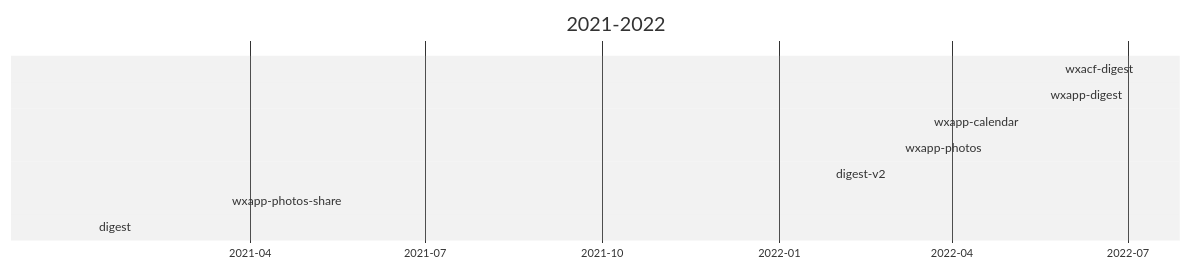
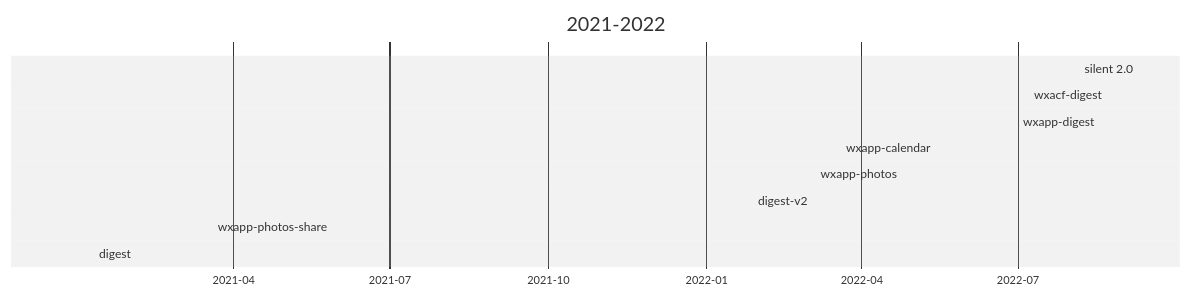
Before and after one commit to fritx/silent: the first of 4 diagrams in blog/p/projects/timeline.md, drawn with Mermaid (neutral theme). The commit also changed other lines of this file and 8 other files, not shown here.

````diff
--- a/blog/p/projects/timeline.md
+++ b/blog/p/projects/timeline.md
@@ -5,12 +5,13 @@
 ```mermaid
 gantt
   title 2021-2022
   axisFormat  %Y-%m
+  silent 2.0      :2022-09-09 , 2022-09-13
   wxacf-digest      :2022-07-07 , 2022-08-10
   wxapp-digest      :2022-07-01 , 2022-08-10
   wxapp-calendar      :2022-03-20 , 2022-07-19
   wxapp-photos      :2022-03-05 , 2022-05-05
   digest-v2       :2022-01-28 , 2022-05-28
   wxapp-photos-share      :2021-03-20 , 2021-04-04
   digest          :2021-01-10 , 2021-02-21
 ```
````
